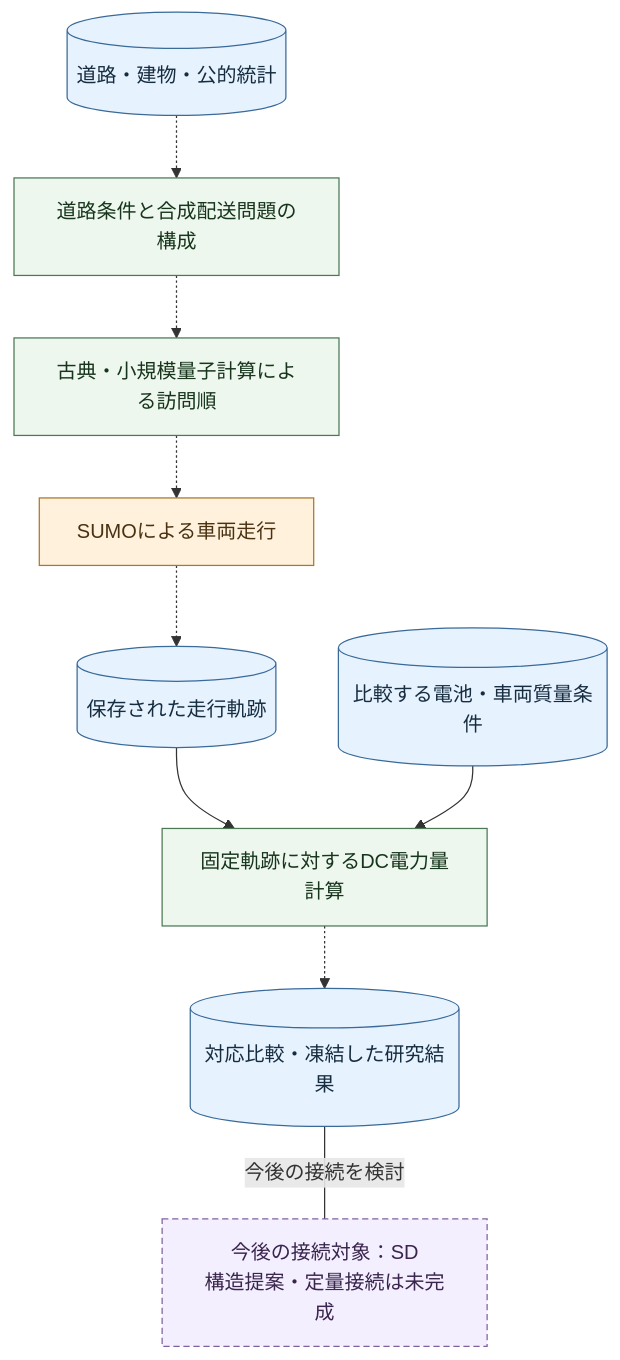
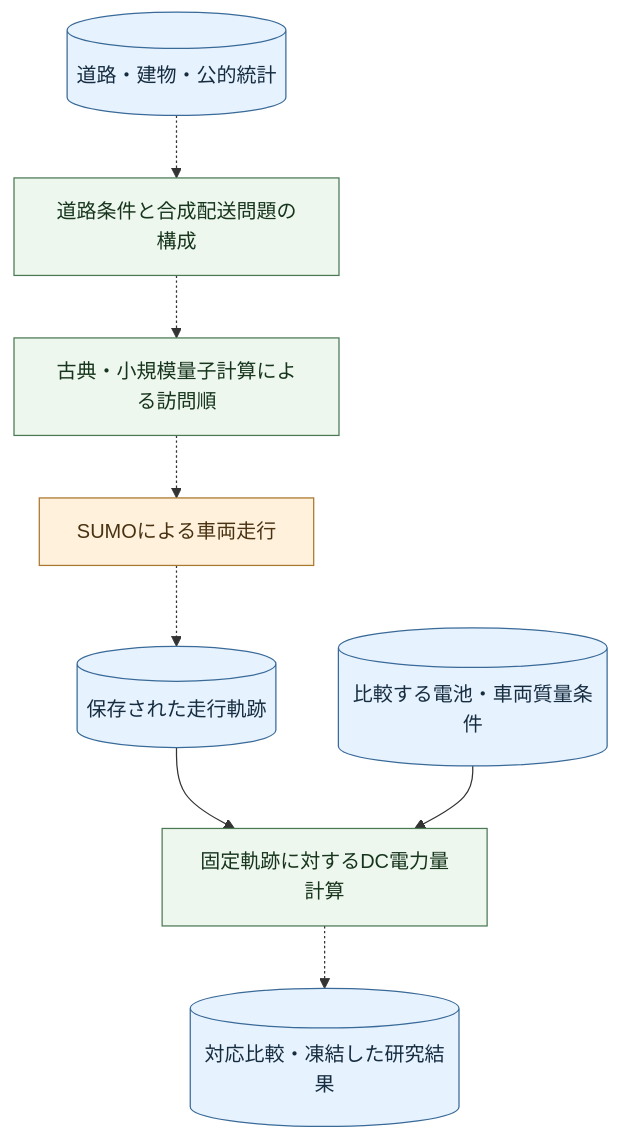
Before and after one commit to tkm-sano/kmd-analysis: the first of 4 diagrams in docs/QUANTITATIVE_GUIDE.md, drawn with Mermaid. The commit also changed other lines of this file, not shown here.

````diff
--- a/docs/QUANTITATIVE_GUIDE.md
+++ b/docs/QUANTITATIVE_GUIDE.md
@@ -32,29 +124,25 @@
 ```mermaid
 flowchart TB
   inputs[("道路・建物・公的統計")]
   demand["道路条件と合成配送問題の構成"]
   routes["古典・小規模量子計算による訪問順"]
   driving["SUMOによる車両走行"]
   trace[("保存された走行軌跡")]
   battery[("比較する電池・車両質量条件")]
   energy["固定軌跡に対するDC電力量計算"]
   results[("対応比較・凍結した研究結果")]
-  sd["今後の接続対象：SD<br/>構造提案・定量接続は未完成"]
   inputs -.-> demand
   demand -.-> routes
   routes -.-> driving
   driving -.-> trace
   trace --> energy
   battery --> energy
   energy -.-> results
-  results ---|"今後の接続を検討"| sd
   classDef data fill:#e7f2ff,stroke:#396a98,color:#162d40
   classDef process fill:#eef7ee,stroke:#4b7954,color:#16351c
   classDef environment fill:#fff1dc,stroke:#aa772e,color:#493212
   classDef unresolved fill:#fff0f0,stroke:#aa4444,color:#572222
-  classDef future fill:#f4efff,stroke:#8060a0,color:#39254d,stroke-dasharray:5 3
   class inputs,trace,battery,results data
   class demand,routes,energy process
   class driving environment
-  class sd future
 ```
````
